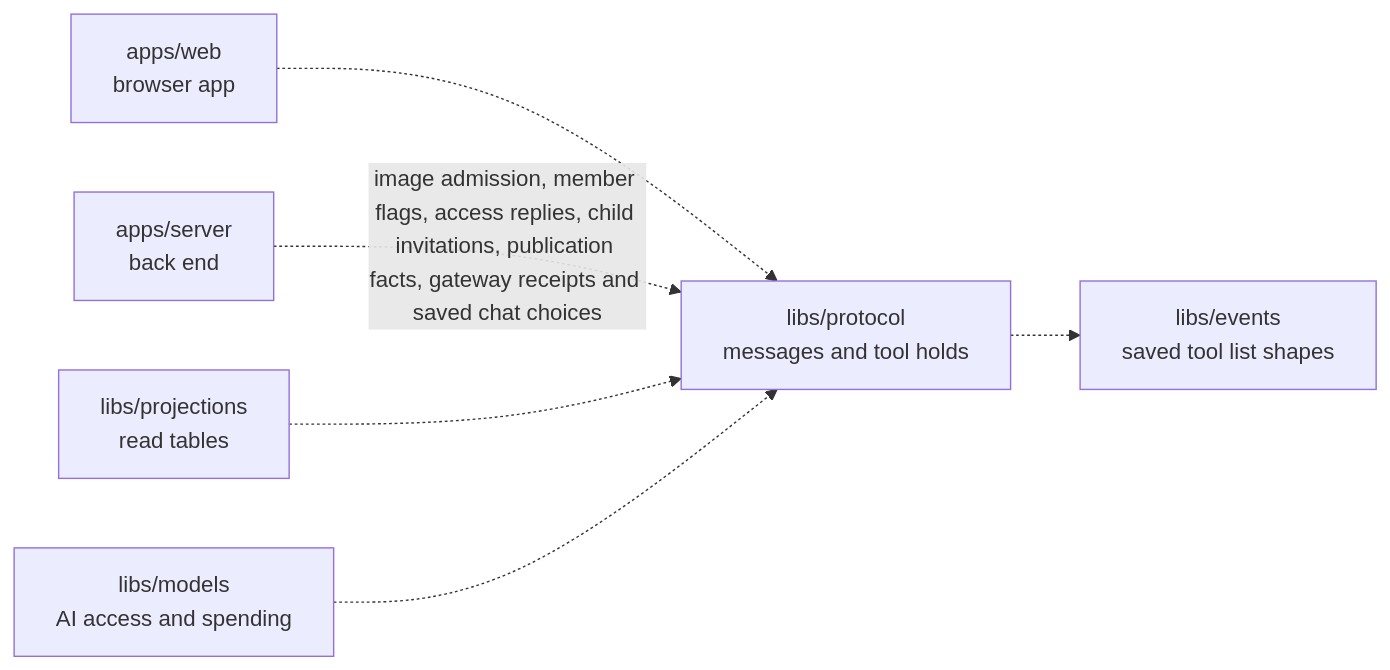
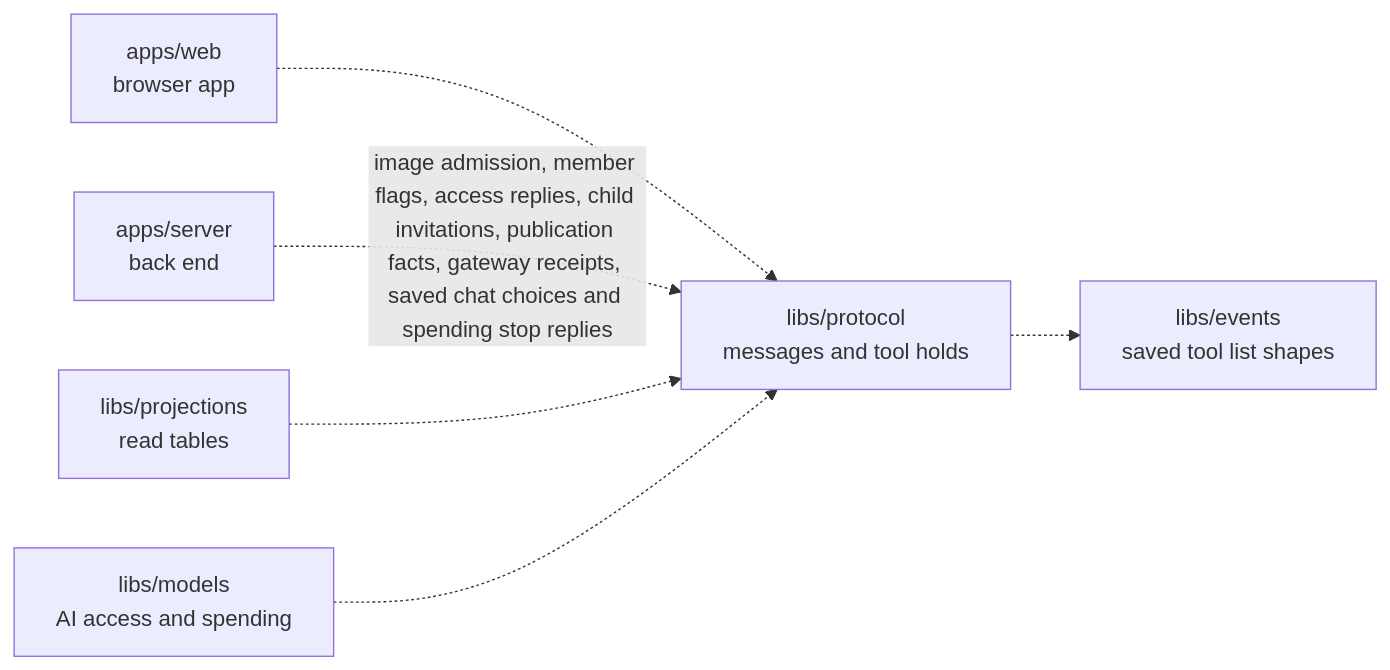
The diagram in libs/protocol/README.md (elewa-git/opencrane-new), drawn with Mermaid before and after one commit. The commit also changed other lines of this file and 15 other files, not shown here.

Commit message:
💶 Let participants read a turn’s saved spending stop

````diff
--- a/libs/protocol/README.md
+++ b/libs/protocol/README.md
@@ -11,8 +11,8 @@
 ```mermaid
 flowchart LR
   web["apps/web<br/>browser app"] -.-> protocol["libs/protocol<br/>messages and tool holds"]
-  server["apps/server<br/>back end"] -.->|image admission, member flags, access replies, child invitations, publication facts, gateway receipts and saved chat choices| protocol
+  server["apps/server<br/>back end"] -.->|image admission, member flags, access replies, child invitations, publication facts, gateway receipts, saved chat choices and spending stop replies| protocol
   projections["libs/projections<br/>read tables"] -.-> protocol
   models["libs/models<br/>AI access and spending"] -.-> protocol
   protocol -.-> events["libs/events<br/>saved tool list shapes"]
 ```
````
